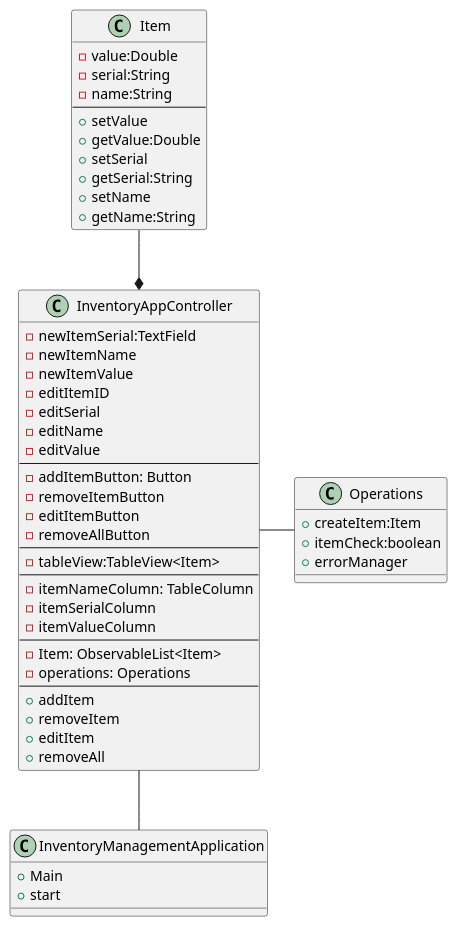
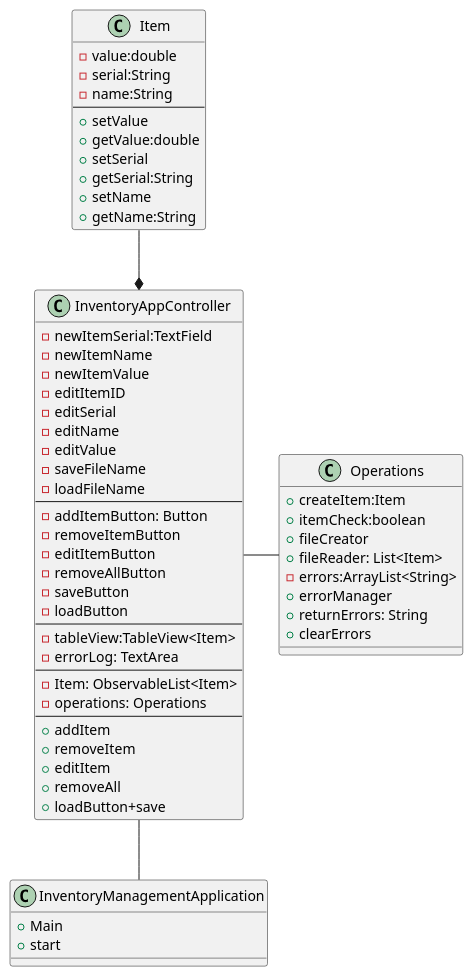
One commit to EmanuelPadro/Padro-app2 changed the diagram in Docs/InventoryManagementApp.puml. Above: the diagram before and after it, drawn with PlantUML. The commit also changed 4 other files, not shown here.

```diff
--- a/Docs/InventoryManagementApp.puml
+++ b/Docs/InventoryManagementApp.puml
@@ -1,58 +1,65 @@
 @startuml
 'https://plantuml.com/sequence-diagram
 class InventoryManagementApplication{
 +Main
 +start
 }
 class InventoryAppController{
 -newItemSerial:TextField
 -newItemName
 -newItemValue
 -editItemID
 -editSerial
 -editName
 -editValue
+-saveFileName
+-loadFileName
 --
 -addItemButton: Button
 -removeItemButton
 -editItemButton
 -removeAllButton
+-saveButton
+-loadButton
 --
 -tableView:TableView<Item>
---
--itemNameColumn: TableColumn
--itemSerialColumn
--itemValueColumn
+-errorLog: TextArea
 --
 -Item: ObservableList<Item>
 -operations: Operations
 --
 +addItem
 +removeItem
 +editItem
 +removeAll
++loadButton+save
 }
 
 class Operations{
 +createItem:Item
 +itemCheck:boolean
++fileCreator
++fileReader: List<Item>
+-errors:ArrayList<String>
 +errorManager
++returnErrors: String
++clearErrors
 }
 
 class Item {
--value:Double
+-value:double
 -serial:String
 -name:String
 --
 +setValue
-+getValue:Double
++getValue:double
 +setSerial
 +getSerial:String
 +setName
 +getName:String
 }
 
 InventoryAppController - Operations
 Item --* InventoryAppController
 InventoryAppController -- InventoryManagementApplication
 @enduml
```
